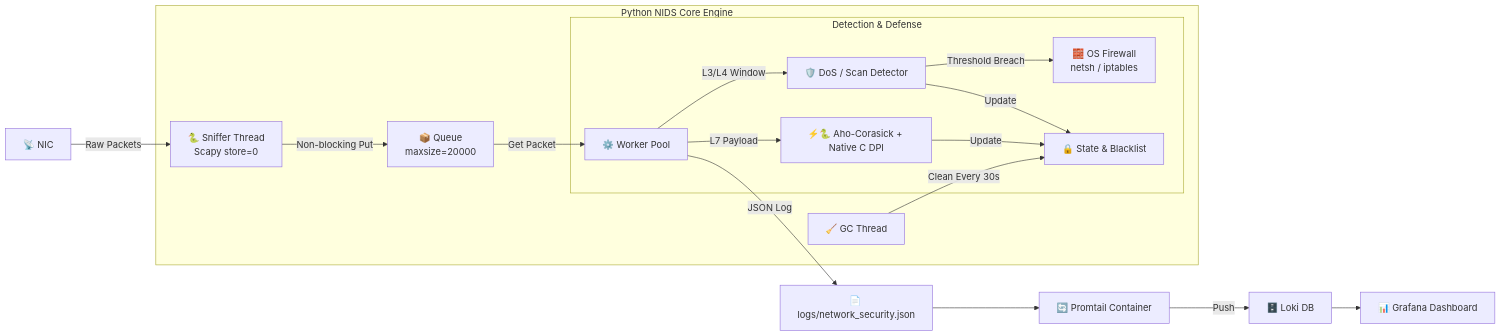
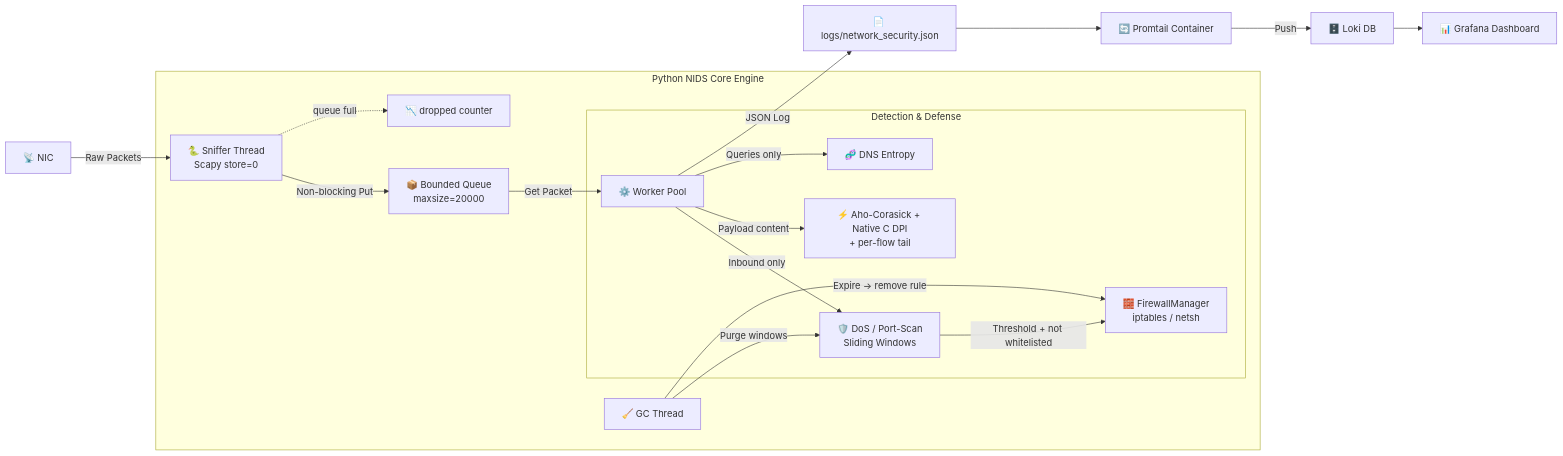
One commit to RazEini/WireWarden changed the diagram in README.md. Above: the diagram before and after it, drawn with Mermaid. The commit also changed other lines of this file, not shown here.

````diff
--- a/README.md
+++ b/README.md
@@ -29,26 +32,25 @@
 ```mermaid
 flowchart LR
-    %% Traffic Input
     NIC[📡 NIC] -->|Raw Packets| SnifferThread[🐍 Sniffer Thread<br>Scapy store=0]
 
-    %% Core Engine
     subgraph Engine [Python NIDS Core Engine]
-        SnifferThread -->|Non-blocking Put| Queue[📦 Queue<br>maxsize=20000]
+        SnifferThread -->|Non-blocking Put| Queue[📦 Bounded Queue<br>maxsize=20000]
+        SnifferThread -. queue full .-> Drops[📉 dropped counter]
         Queue -->|Get Packet| Worker[⚙️ Worker Pool]
 
         subgraph Detection [Detection & Defense]
-            Worker -->|L3/L4 Window| Anomaly[🛡️ DoS / Scan Detector]
-            Worker -->|L7 Payload| DPI[⚡🐍 Aho-Corasick + Native C DPI]
-            Anomaly -->|Threshold Breach| Firewall[🧱 OS Firewall<br>netsh / iptables]
-            Anomaly & DPI -->|Update| State[🔒 State & Blacklist]
+            Worker -->|Inbound only| Anomaly[🛡️ DoS / Port-Scan<br>Sliding Windows]
+            Worker -->|Payload content| DPI[⚡ Aho-Corasick + Native C DPI<br>+ per-flow tail]
+            Worker -->|Queries only| DNS[🧬 DNS Entropy]
+            Anomaly -->|Threshold + not whitelisted| Firewall[🧱 FirewallManager<br>iptables / netsh]
         end
 
-        GC[🧹 GC Thread] -->|Clean Every 30s| State
+        GC[🧹 GC Thread] -->|Purge windows| Anomaly
+        GC -->|Expire → remove rule| Firewall
     end
 
-    %% Logging & Observability
     Worker -->|JSON Log| LogFile[📄 logs/network_security.json]
     LogFile --> Promtail[🔄 Promtail Container]
     Promtail -->|Push| Loki[🗄️ Loki DB]
     Loki --> Grafana[📊 Grafana Dashboard]
 ```
````
